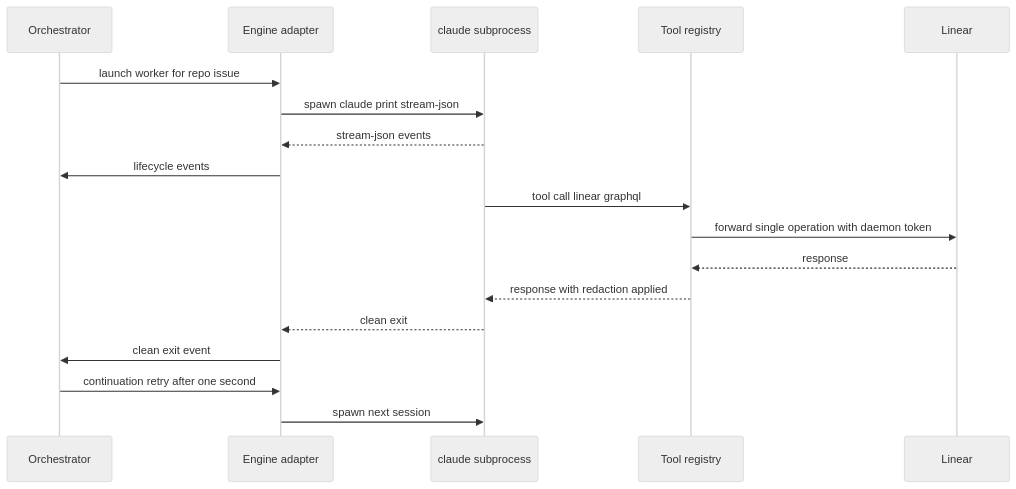
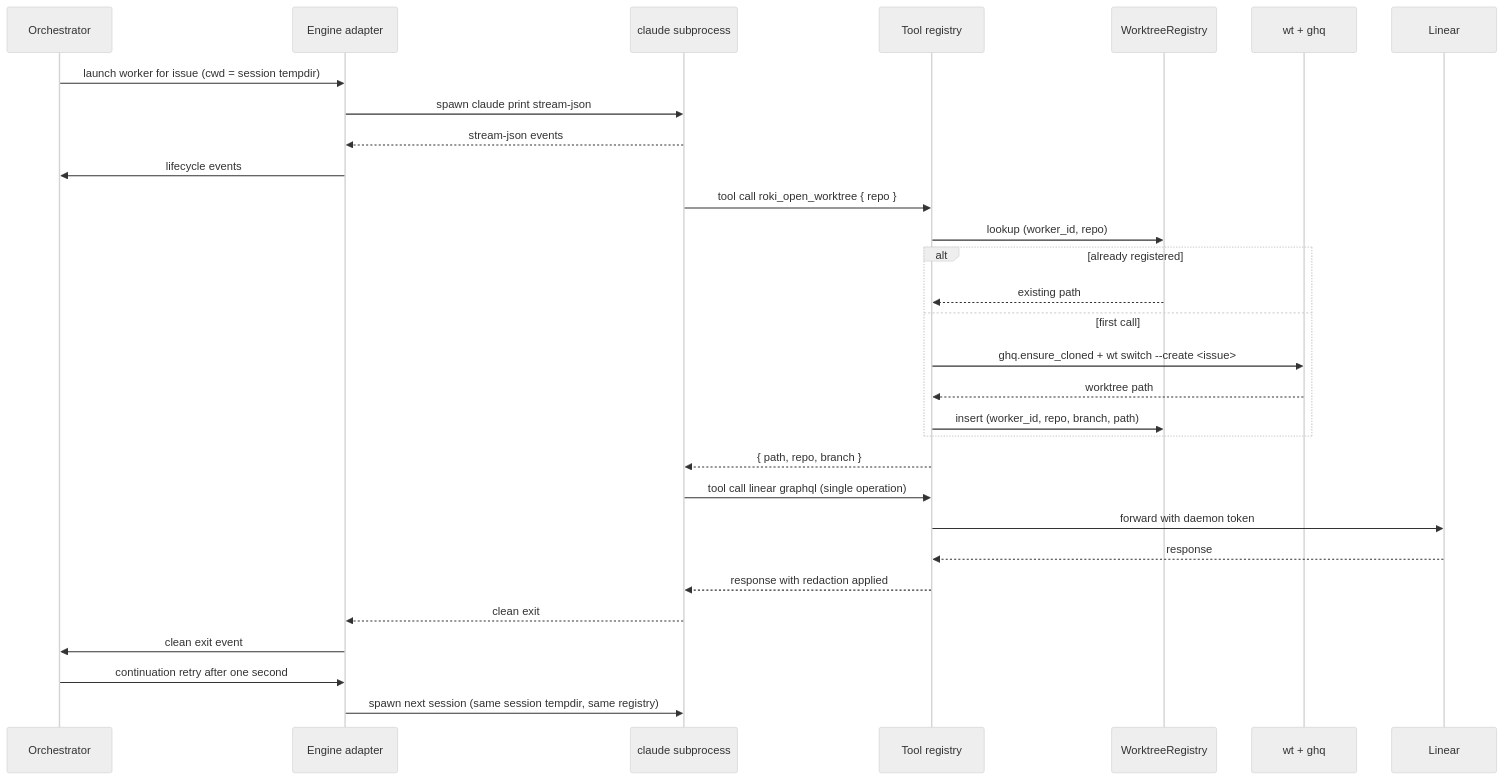
One commit to reedom/roki changed the third of 3 diagrams in .kiro/specs/roki-mvp/design.md. Above: the diagram before and after it, drawn with Mermaid (neutral theme). The commit also changed other lines of this file and 1 other file, not shown here.

````diff
--- a/.kiro/specs/roki-mvp/design.md
+++ b/.kiro/specs/roki-mvp/design.md
@@ -287,21 +318,33 @@
 ```mermaid
 sequenceDiagram
     participant Orch as Orchestrator
     participant Eng as Engine adapter
     participant Cli as claude subprocess
     participant Tools as Tool registry
+    participant Reg as WorktreeRegistry
+    participant WtGhq as wt + ghq
     participant Linear
 
-    Orch->>Eng: launch worker for repo issue
+    Orch->>Eng: launch worker for issue (cwd = session tempdir)
     Eng->>Cli: spawn claude print stream-json
     Cli-->>Eng: stream-json events
     Eng->>Orch: lifecycle events
-    Cli->>Tools: tool call linear graphql
-    Tools->>Linear: forward single operation with daemon token
+    Cli->>Tools: tool call roki_open_worktree { repo }
+    Tools->>Reg: lookup (worker_id, repo)
+    alt already registered
+        Reg-->>Tools: existing path
+    else first call
+        Tools->>WtGhq: ghq.ensure_cloned + wt switch --create <issue>
+        WtGhq-->>Tools: worktree path
+        Tools->>Reg: insert (worker_id, repo, branch, path)
+    end
+    Tools-->>Cli: { path, repo, branch }
+    Cli->>Tools: tool call linear graphql (single operation)
+    Tools->>Linear: forward with daemon token
     Linear-->>Tools: response
     Tools-->>Cli: response with redaction applied
     Cli-->>Eng: clean exit
     Eng->>Orch: clean exit event
     Orch->>Eng: continuation retry after one second
-    Eng->>Cli: spawn next session
+    Eng->>Cli: spawn next session (same session tempdir, same registry)
 ```
````
